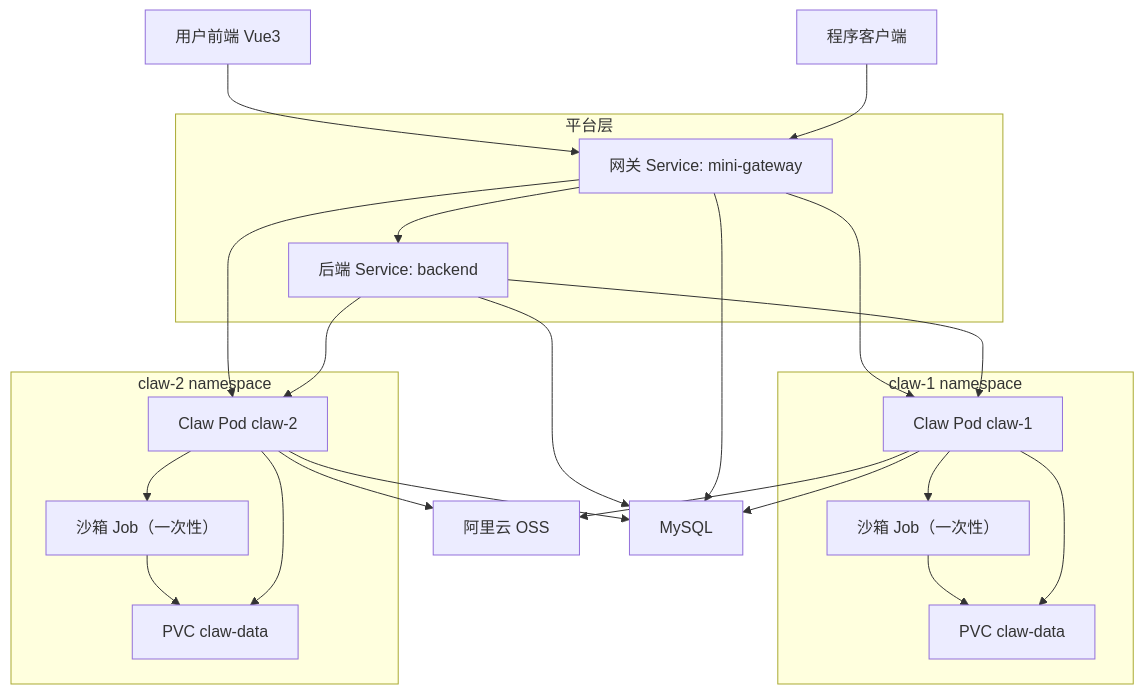
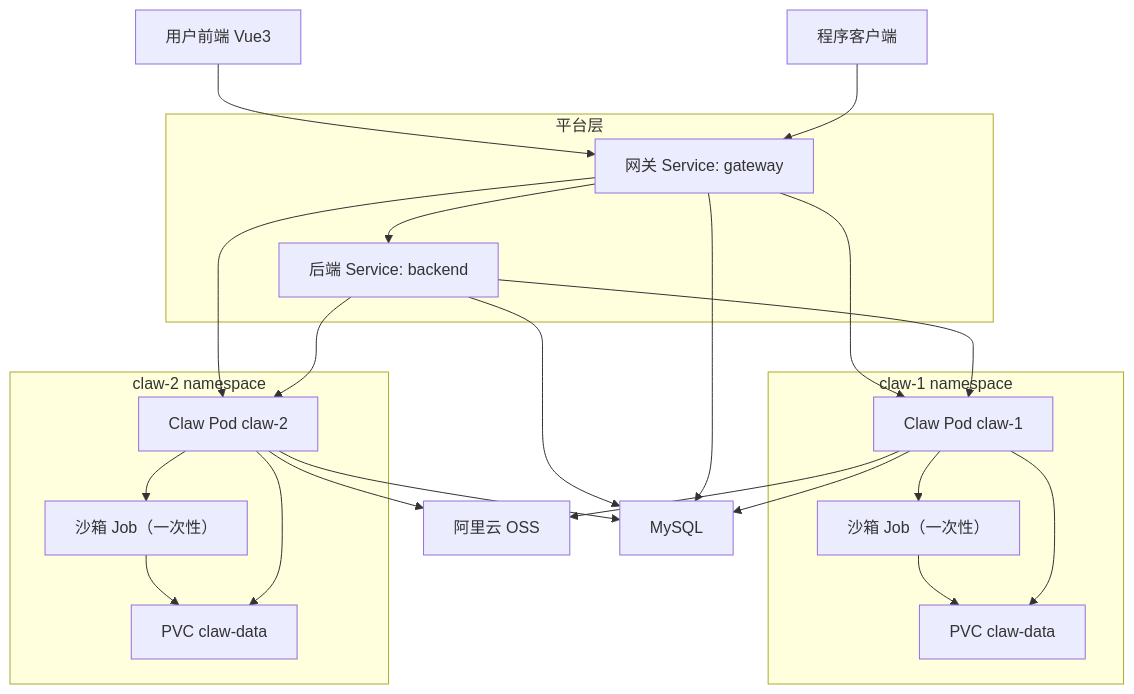
Before and after one commit to AnXin-HITSZ/saas-claw: the fourth of 4 diagrams in docs/architecture/overview/system-overview.md, drawn with Mermaid. The commit also changed other lines of this file and 201 other files, not shown here.

````diff
--- a/docs/architecture/overview/system-overview.md
+++ b/docs/architecture/overview/system-overview.md
@@ -159,44 +159,44 @@
 ```mermaid
 flowchart TB
     FE["用户前端 Vue3"]
     CL["程序客户端"]
     OSS["阿里云 OSS"]
     MySQL["MySQL"]
 
     subgraph 平台层
-        G["网关 Service: mini-gateway"]
+        G["网关 Service: gateway"]
         B["后端 Service: backend"]
     end
 
     subgraph claw1["claw-1 namespace"]
         CP1["Claw Pod claw-1"]
         SB1["沙箱 Job（一次性）"]
         PVC1["PVC claw-data"]
     end
 
     subgraph claw2["claw-2 namespace"]
         CP2["Claw Pod claw-2"]
         SB2["沙箱 Job（一次性）"]
         PVC2["PVC claw-data"]
     end
 
     FE --> G
     CL --> G
     G --> B
     G --> CP1
     G --> CP2
     B --> CP1
     B --> CP2
     B --> MySQL
     G --> MySQL
     CP1 --> MySQL
     CP2 --> MySQL
     CP1 --> OSS
     CP2 --> OSS
     CP1 --> SB1
     SB1 --> PVC1
     CP1 --> PVC1
     CP2 --> SB2
     SB2 --> PVC2
     CP2 --> PVC2
 ```
````
